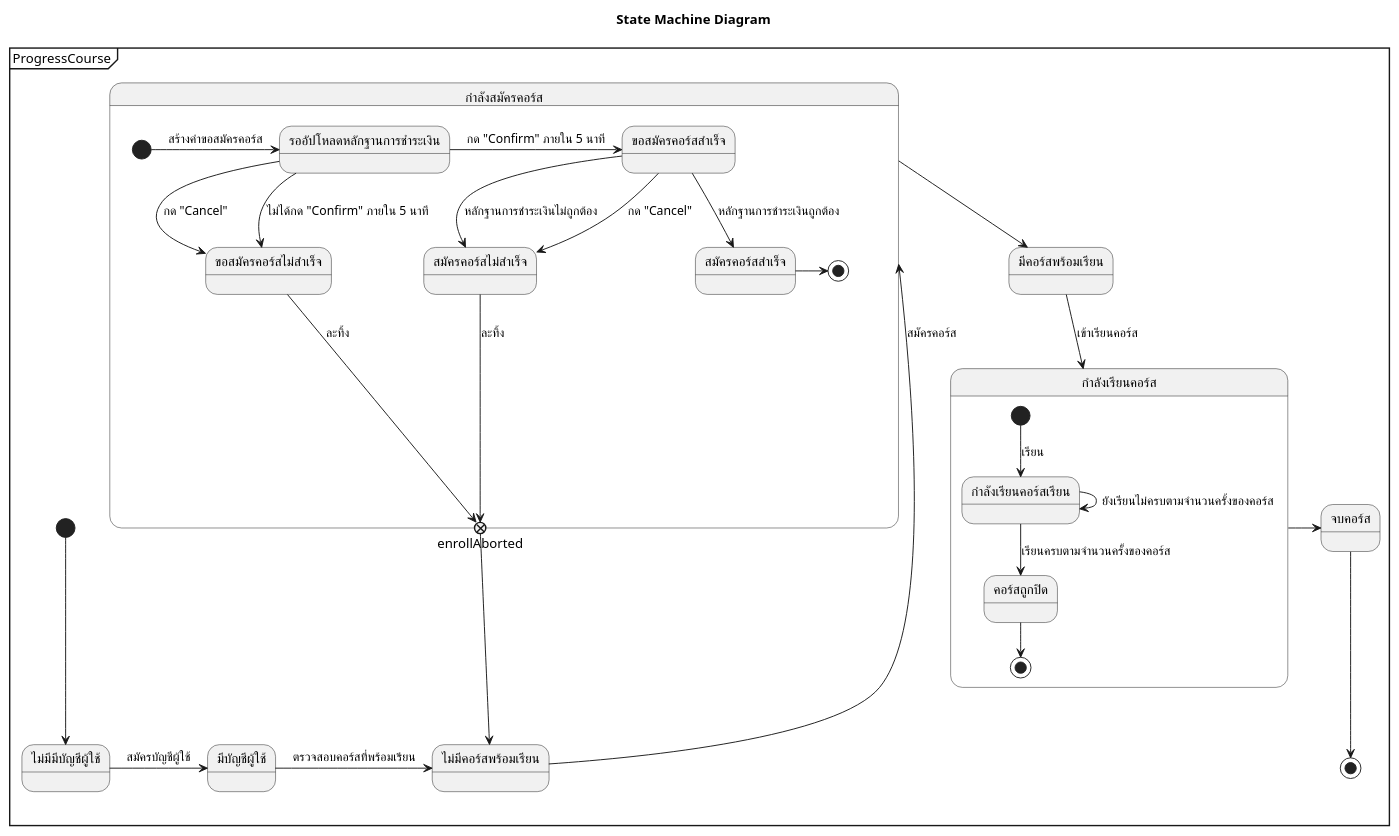
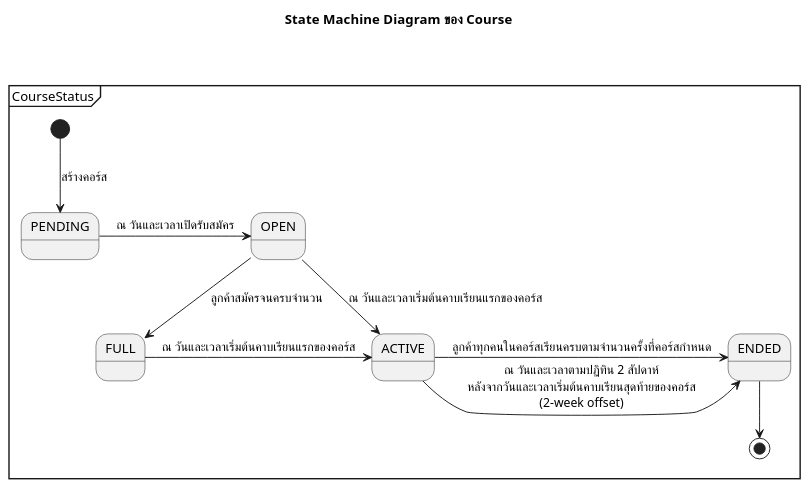
The diagram in Documentation/design/diagrams/source/aqkids-state-machine.puml (SaluteKevin/AQkid), drawn with PlantUML before and after one commit. The commit also changed 39 other files, not shown here.

Commit message:
Revise diagrams -- final

```diff
--- a/Documentation/design/diagrams/source/aqkids-state-machine.puml
+++ b/Documentation/design/diagrams/source/aqkids-state-machine.puml
@@ -1,66 +1,31 @@
 @startuml
-skinparam monochrome true
-skinparam defaultFontName Sarabun
-
-title State Machine Diagram
-mainframe ProgressCourse
-
-state "ไม่มีมีบัญชีผู้ใช้" as notRegistered
-state "มีบัญชีผู้ใช้" as registered
-state "ไม่มีคอร์สพร้อมเรียน" as notEnrolled
-state "มีคอร์สพร้อมเรียน" as enrolled
-state "จบคอร์ส" as attendedCourse
-
-[*] --> notRegistered
-notRegistered -> registered: สมัครบัญชีผู้ใช้
-registered -> notEnrolled: ตรวจสอบคอร์สที่พร้อมเรียน
-notEnrolled -> enrolling: สมัครคอร์ส
-
-state "กำลังสมัครคอร์ส" as enrolling {
-    state "รออัปโหลดหลักฐานการชำระเงิน" as wait4payment
-    state "ขอสมัครคอร์สไม่สำเร็จ" as requestEnrollFailed
-    state "ขอสมัครคอร์สสำเร็จ" as requestEnrollSucceeded
-    state "สมัครคอร์สไม่สำเร็จ" as enrollFailed
-    state "สมัครคอร์สสำเร็จ" as enrollSucceeded
-
-    [*] -> wait4payment: สร้างคำขอสมัครคอร์ส
-
-    wait4payment --> requestEnrollFailed: กด "Cancel"
-    wait4payment --> requestEnrollFailed: ไม่ได้กด "Confirm" ภายใน 5 นาที
-    requestEnrollFailed --> enrollAborted <<exitPoint>>: ละทิ้ง
-
-    wait4payment -> requestEnrollSucceeded: กด "Confirm" ภายใน 5 นาที
-
-    requestEnrollSucceeded --> enrollFailed: กด "Cancel"
-    requestEnrollSucceeded --> enrollFailed: หลักฐานการชำระเงินไม่ถูกต้อง
-    enrollFailed --> enrollAborted: ละทิ้ง
-
-    requestEnrollSucceeded --> enrollSucceeded: หลักฐานการชำระเงินถูกต้อง
-    enrollSucceeded -> [*]
+skinparam {
+    monochrome true
+    defaultFontName Sarabun
 }
 
-enrollAborted --> notEnrolled
-enrolling -down-> enrolled
-enrolled --> attendingCourse: เข้าเรียนคอร์ส
+title State Machine Diagram ของ Course
 
-state "กำลังเรียนคอร์ส" as attendingCourse {
-    ' state "ACTIVE" as active
-    ' state "ENDED" as ended
-    ' state "ยังเรียนไม่ครบตามจำนวนครั้งของคอร์ส" as quotaRemains
-    ' state "เรียนครบตามจำนวนครั้งของคอร์ส" as quotaReached
-    state "กำลังเรียนคอร์สเรียน" as attending
-    state "คอร์สถูกปิด" as courseCompleted
+<style>
+mainframe {
+    margin 50
+}
+</style>
+mainframe CourseStatus
 
-    ' [*] -> active
-    ' active -> active: นักเรียนอย่างน้อย 1 คนยังเรียนไม่ครบตามจำนวนครั้งของคอร์ส
-    ' active -> ended: นักเรียนทุกคนเรียนครบตามจำนวนครั้งของคอร์ส
-    [*] --> attending: เรียน
-    attending --> attending: ยังเรียนไม่ครบตามจำนวนครั้งของคอร์ส
-    attending --> courseCompleted: เรียนครบตามจำนวนครั้งของคอร์ส
+state "PENDING" as pending
+state "OPEN" as open
+state "FULL" as full
+state "ACTIVE" as active
+state "ENDED" as ended
 
-    courseCompleted --> [*]
-}
+[*] -down-> pending: สร้างคอร์ส
+pending -> open: ณ วันและเวลาเปิดรับสมัคร
+open -down-> full: ลูกค้าสมัครจนครบจำนวน
+full -> active: ณ วันและเวลาเริ่มต้นคาบเรียนแรกของคอร์ส
+open -> active: ณ วันและเวลาเริ่มต้นคาบเรียนแรกของคอร์ส
+active -> ended: ลูกค้าทุกคนในคอร์สเรียนครบตามจำนวนครั้งที่คอร์สกำหนด
+active -> ended: ณ วันและเวลาตามปฏิทิน 2 สัปดาห์\nหลังจากวันและเวลาเริ่มต้นคาบเรียนสุดท้ายของคอร์ส\n(2-week offset)
+ended -down-> [*]
 
-attendingCourse -> attendedCourse
-attendedCourse --> [*]
 @enduml
```
